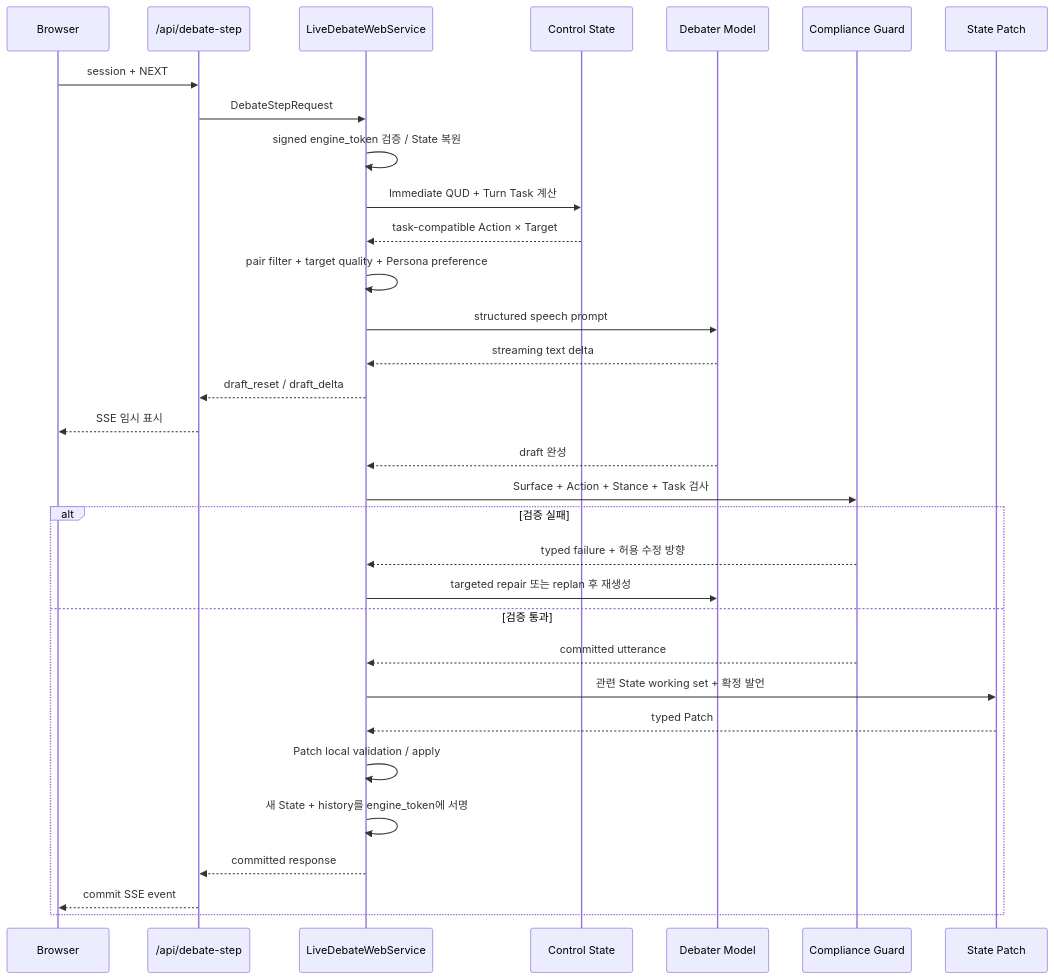
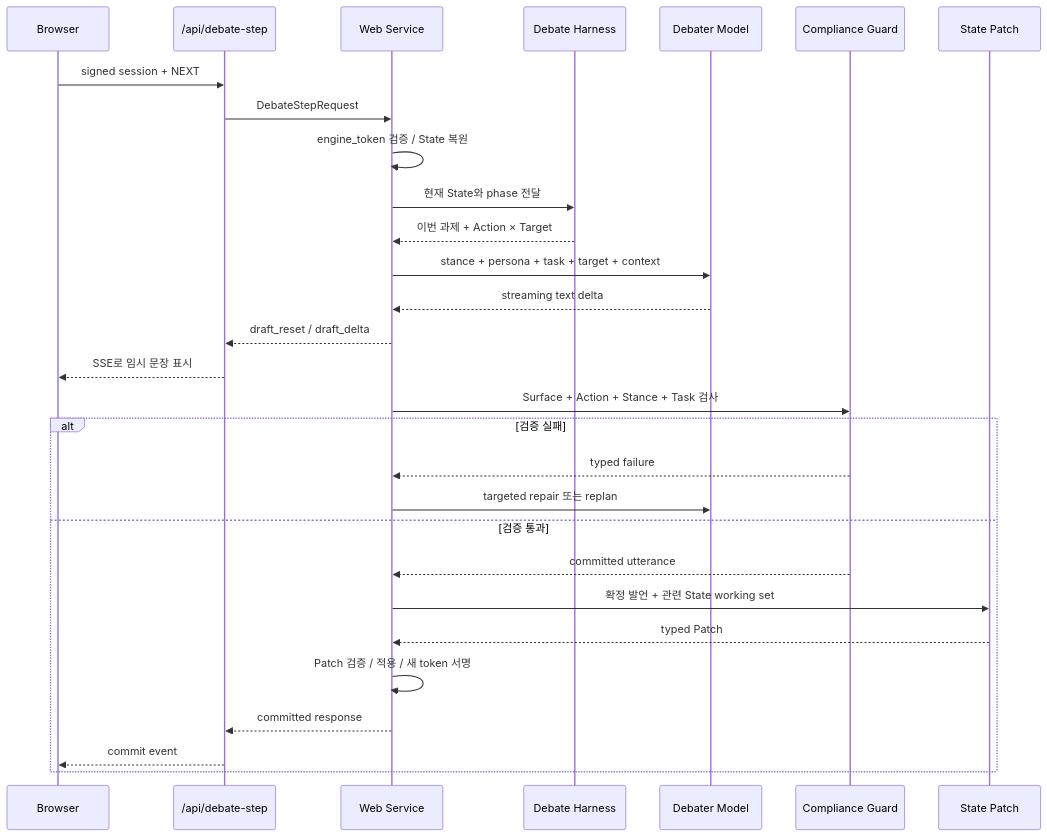
One commit to hodob/A1-3 changed the sixth of 8 diagrams in README.md. Above: the diagram before and after it, drawn with Mermaid. The commit also changed other lines of this file, not shown here.

Commit message:
Refine README visual architecture and readability

````diff
--- a/README.md
+++ b/README.md
@@ -361,35 +385,36 @@
 ```mermaid
 sequenceDiagram
     participant B as Browser
     participant A as /api/debate-step
-    participant W as LiveDebateWebService
-    participant C as Control State
+    participant W as Web Service
+    participant H as Debate Harness
     participant D as Debater Model
     participant G as Compliance Guard
     participant S as State Patch
 
-    B->>A: session + NEXT
+    B->>A: signed session + NEXT
     A->>W: DebateStepRequest
-    W->>W: signed engine_token 검증 / State 복원
-    W->>C: Immediate QUD + Turn Task 계산
-    C-->>W: task-compatible Action × Target
-    W->>W: pair filter + target quality + Persona preference
-    W->>D: structured speech prompt
+    W->>W: engine_token 검증 / State 복원
+
+    W->>H: 현재 State와 phase 전달
+    H-->>W: 이번 과제 + Action × Target
+
+    W->>D: stance + persona + task + target + context
     D-->>W: streaming text delta
     W-->>A: draft_reset / draft_delta
-    A-->>B: SSE 임시 표시
-    D-->>W: draft 완성
+    A-->>B: SSE로 임시 문장 표시
+
     W->>G: Surface + Action + Stance + Task 검사
+
     alt 검증 실패
-        G-->>W: typed failure + 허용 수정 방향
-        W->>D: targeted repair 또는 replan 후 재생성
+        G-->>W: typed failure
+        W->>D: targeted repair 또는 replan
     else 검증 통과
         G-->>W: committed utterance
-        W->>S: 관련 State working set + 확정 발언
+        W->>S: 확정 발언 + 관련 State working set
         S-->>W: typed Patch
-        W->>W: Patch local validation / apply
-        W->>W: 새 State + history를 engine_token에 서명
+        W->>W: Patch 검증 / 적용 / 새 token 서명
         W-->>A: committed response
-        A-->>B: commit SSE event
+        A-->>B: commit event
     end
 ```
````
